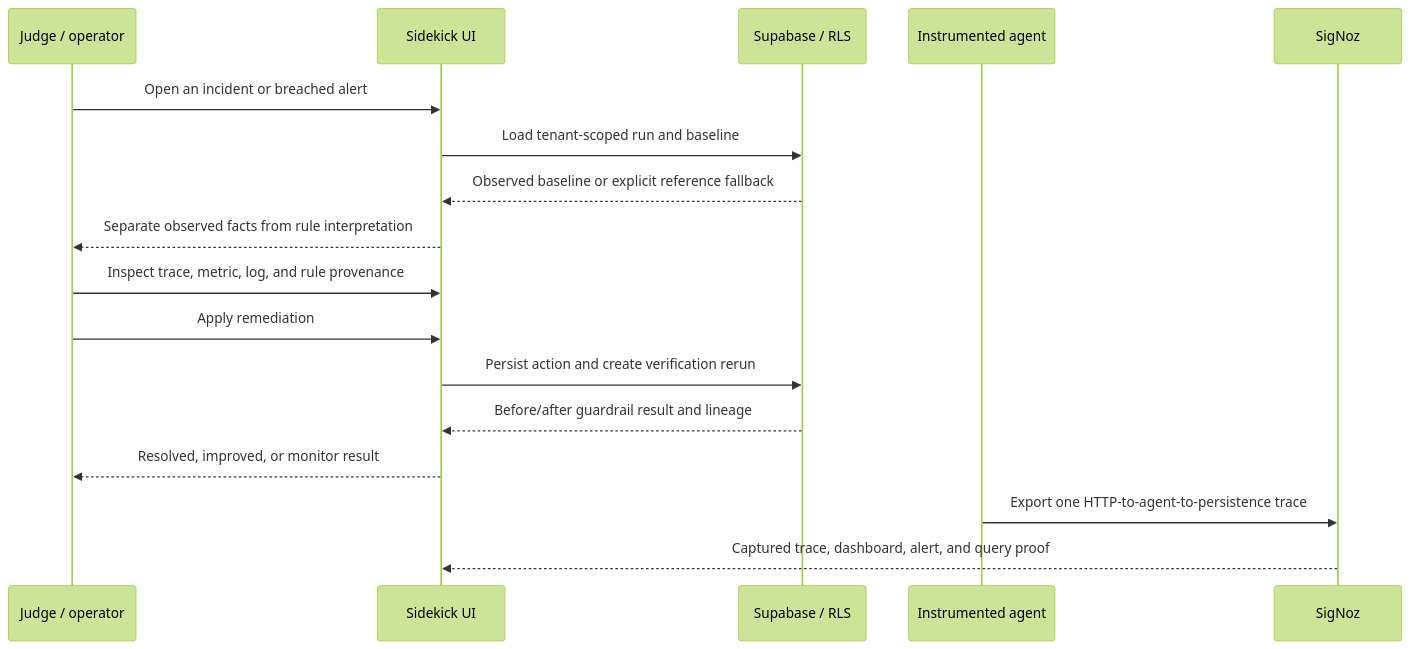
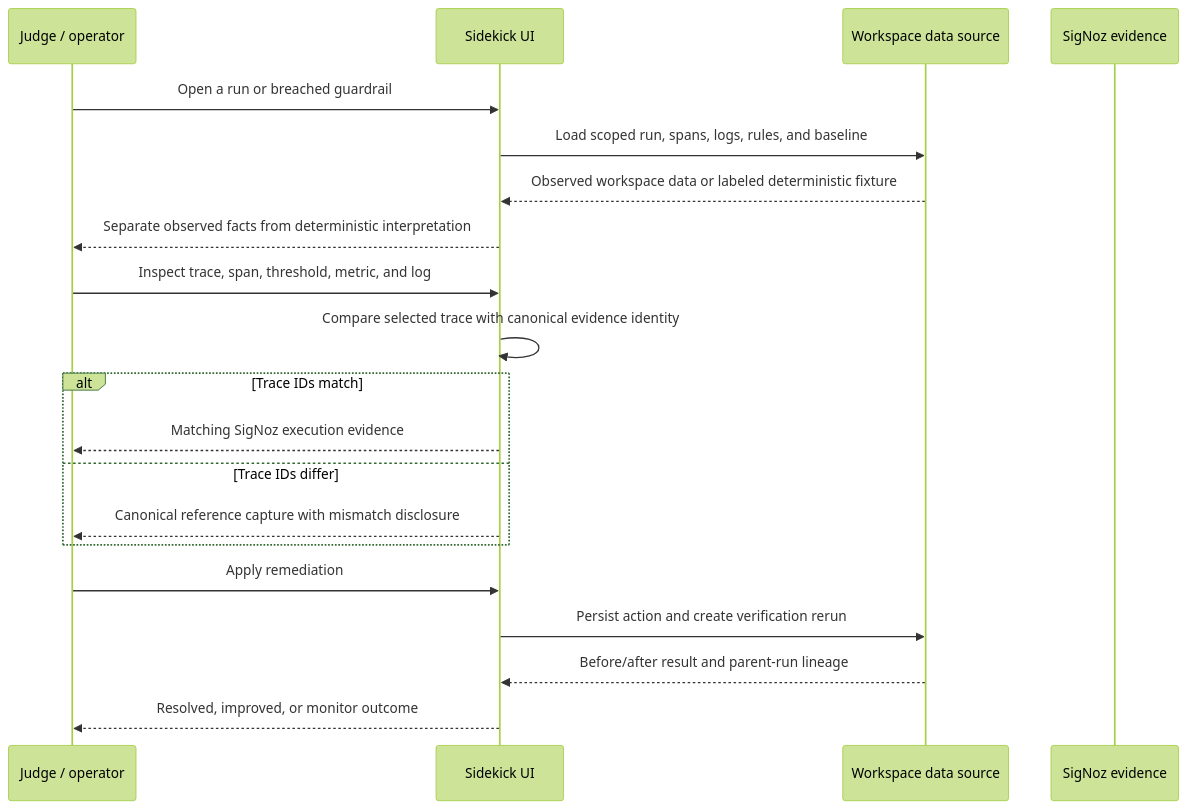
The third of 4 diagrams in docs/architecture.md (phanixdev/agentscope-sidekick), drawn with Mermaid (forest theme) before and after one commit. The commit also changed other lines of this file and 12 other files, not shown here.

Commit message:
Improved proof integrity and architecture documentation

````diff
--- a/docs/architecture.md
+++ b/docs/architecture.md
@@ -58,20 +99,23 @@
 ```mermaid
 sequenceDiagram
     participant J as Judge / operator
     participant W as Sidekick UI
-    participant DB as Supabase / RLS
-    participant A as Instrumented agent
-    participant S as SigNoz
+    participant D as Workspace data source
+    participant S as SigNoz evidence
 
-    J->>W: Open an incident or breached alert
-    W->>DB: Load tenant-scoped run and baseline
-    DB-->>W: Observed baseline or explicit reference fallback
-    W-->>J: Separate observed facts from rule interpretation
-    J->>W: Inspect trace, metric, log, and rule provenance
+    J->>W: Open a run or breached guardrail
+    W->>D: Load scoped run, spans, logs, rules, and baseline
+    D-->>W: Observed workspace data or labeled deterministic fixture
+    W-->>J: Separate observed facts from deterministic interpretation
+    J->>W: Inspect trace, span, threshold, metric, and log
+    W->>W: Compare selected trace with canonical evidence identity
+    alt Trace IDs match
+        W-->>J: Matching SigNoz execution evidence
+    else Trace IDs differ
+        W-->>J: Canonical reference capture with mismatch disclosure
+    end
     J->>W: Apply remediation
-    W->>DB: Persist action and create verification rerun
-    DB-->>W: Before/after guardrail result and lineage
-    W-->>J: Resolved, improved, or monitor result
-    A->>S: Export one HTTP-to-agent-to-persistence trace
-    S-->>W: Captured trace, dashboard, alert, and query proof
+    W->>D: Persist action and create verification rerun
+    D-->>W: Before/after result and parent-run lineage
+    W-->>J: Resolved, improved, or monitor outcome
 ```
````
